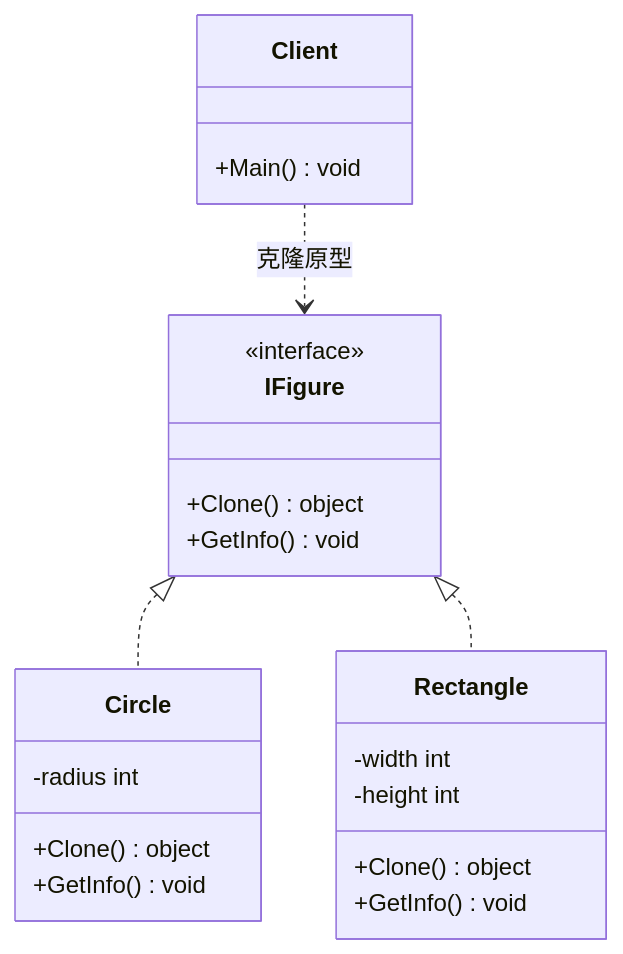
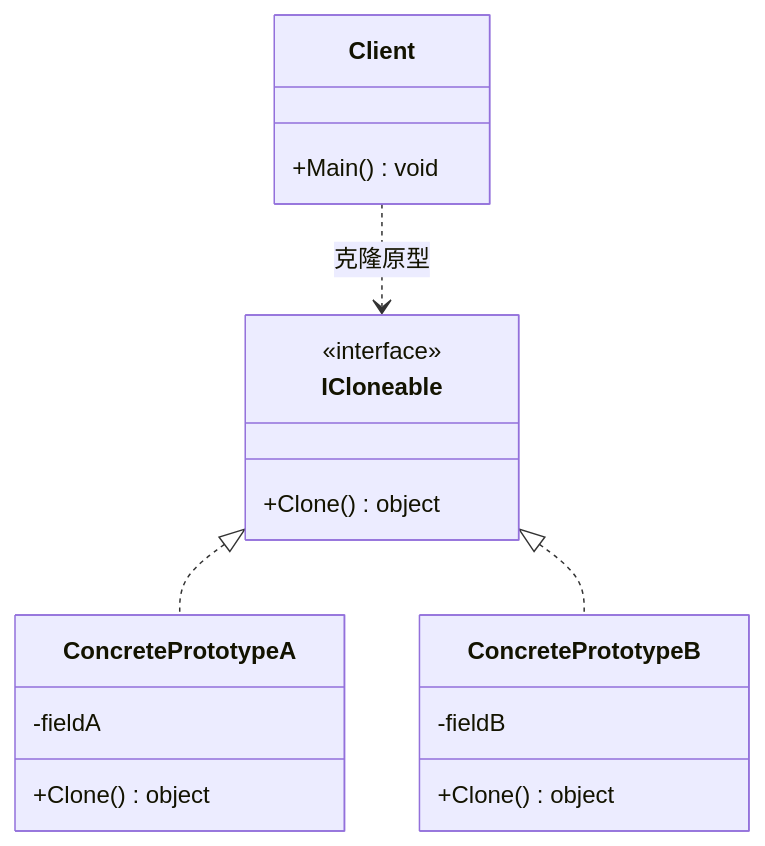
Before and after one commit to hollson/design_patterns: the first of 2 diagrams in PrototypePattern/README.md, drawn with Mermaid. The commit also changed other lines of this file and 6 other files, not shown here.

````diff
--- a/PrototypePattern/README.md
+++ b/PrototypePattern/README.md
@@ -45,26 +17,22 @@
 ```mermaid
 classDiagram
-    class IFigure {
+    class ICloneable {
         <<interface>>
         +Clone() object
-        +GetInfo() void
     }
-    class Circle {
-        -radius int
+    class ConcretePrototypeA {
+        -fieldA
         +Clone() object
-        +GetInfo() void
     }
-    class Rectangle {
-        -width int
-        -height int
+    class ConcretePrototypeB {
+        -fieldB
         +Clone() object
-        +GetInfo() void
     }
     class Client {
         +Main() void
     }
 
-    IFigure <|.. Circle
-    IFigure <|.. Rectangle
-    Client ..> IFigure : 克隆原型
+    ICloneable <|.. ConcretePrototypeA
+    ICloneable <|.. ConcretePrototypeB
+    Client ..> ICloneable : 克隆原型
 ```
````
